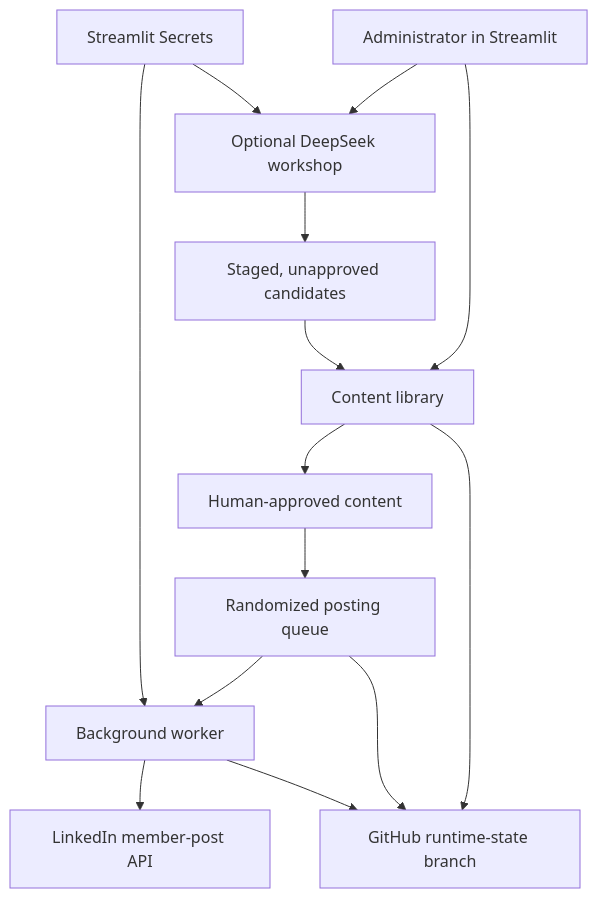
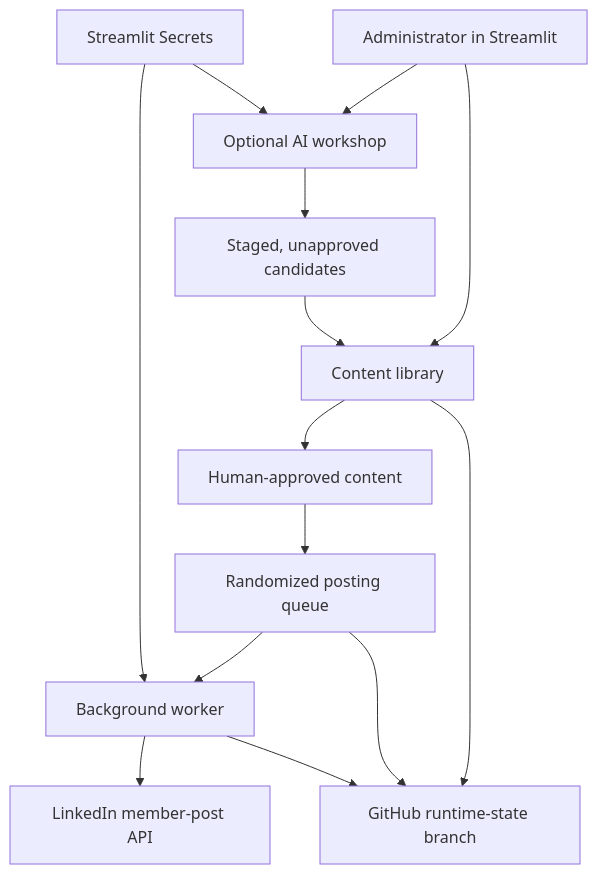
One commit to peristron/LI_poster changed the diagram in README.md. Above: the diagram before and after it, drawn with Mermaid. The commit also changed other lines of this file, not shown here.

````diff
--- a/README.md
+++ b/README.md
@@ -138,16 +138,16 @@
 ```mermaid
 flowchart TD
     A["Administrator in Streamlit"] --> B["Content library"]
-    A --> C["Optional DeepSeek workshop"]
+    A --> C["Optional AI workshop"]
     C --> D["Staged, unapproved candidates"]
     D --> B
     B --> E["Human-approved content"]
     E --> F["Randomized posting queue"]
     F --> G["Background worker"]
     G --> H["LinkedIn member-post API"]
     B --> I["GitHub runtime-state branch"]
     F --> I
     G --> I
     J["Streamlit Secrets"] --> C
     J --> G
 ```
````
